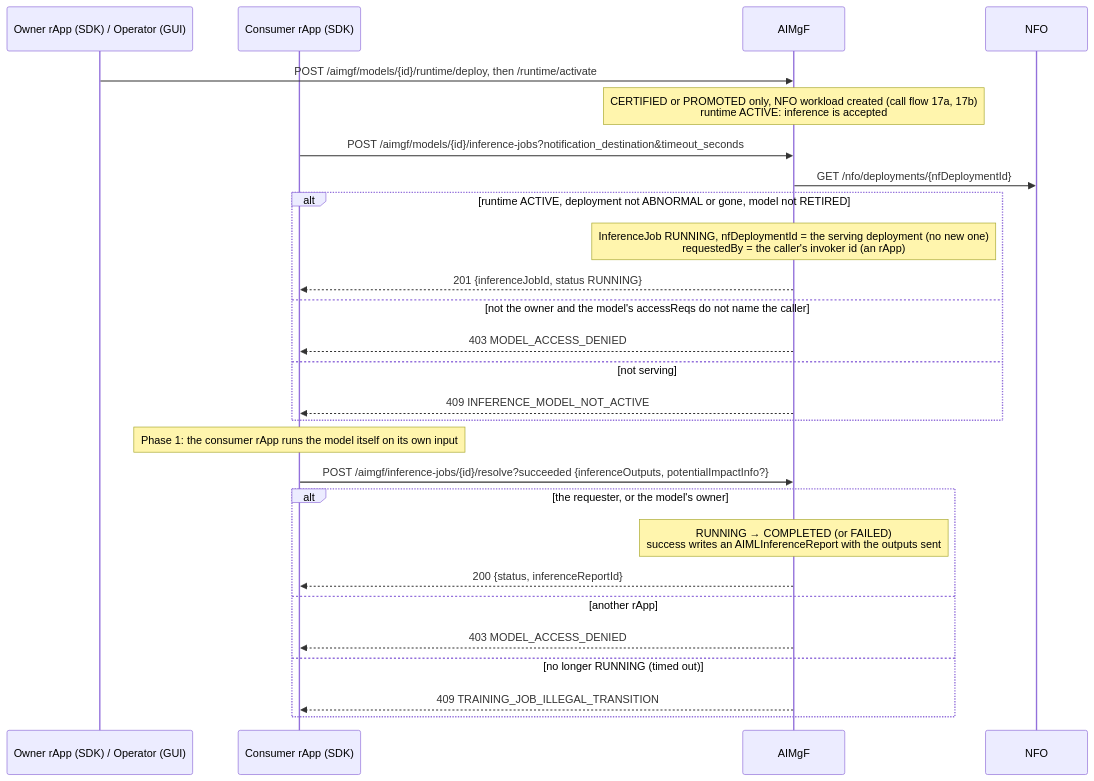
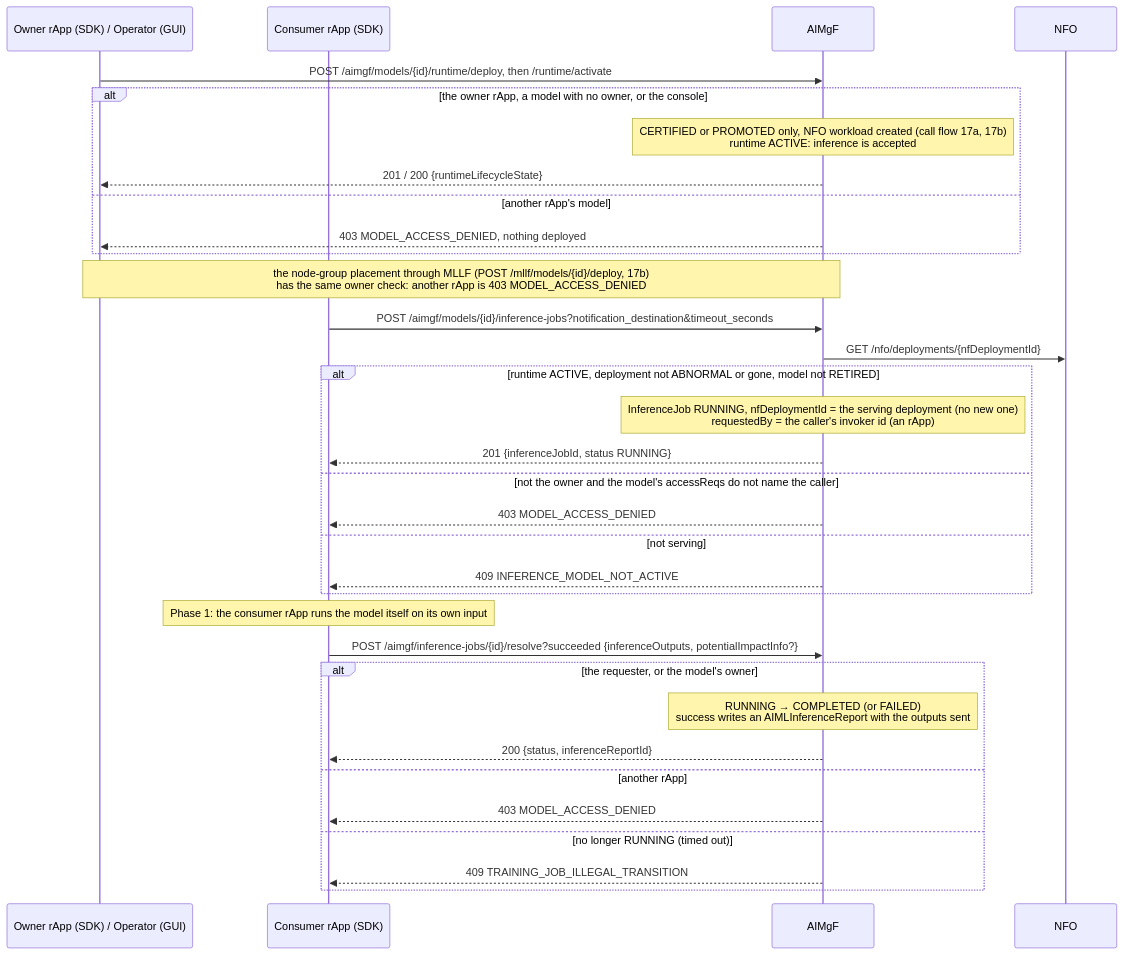
The sixth of 7 diagrams in smo/docs/call-flows/02-aiml-model-train-to-inference.md (rsys-bshankar/ai-ran-smo), drawn with Mermaid before and after one commit. The commit also changed other lines of this file and 38 other files, not shown here.

````diff
--- a/smo/docs/call-flows/02-aiml-model-train-to-inference.md
+++ b/smo/docs/call-flows/02-aiml-model-train-to-inference.md
@@ -216,32 +218,38 @@
 ```mermaid
 sequenceDiagram
     participant R as Owner rApp (SDK) / Operator (GUI)
     participant C as Consumer rApp (SDK)
     participant AIM as AIMgF
     participant NFO as NFO
 
     R->>AIM: POST /aimgf/models/{id}/runtime/deploy, then /runtime/activate
-    Note over AIM: CERTIFIED or PROMOTED only, NFO workload created (call flow 17a, 17b)<br/>runtime ACTIVE: inference is accepted
+    alt the owner rApp, a model with no owner, or the console
+        Note over AIM: CERTIFIED or PROMOTED only, NFO workload created (call flow 17a, 17b)<br/>runtime ACTIVE: inference is accepted
+        AIM-->>R: 201 / 200 {runtimeLifecycleState}
+    else another rApp's model
+        AIM-->>R: 403 MODEL_ACCESS_DENIED, nothing deployed
+    end
+    Note over R,AIM: the node-group placement through MLLF (POST /mllf/models/{id}/deploy, 17b)<br/>has the same owner check: another rApp is 403 MODEL_ACCESS_DENIED
 
     C->>AIM: POST /aimgf/models/{id}/inference-jobs?notification_destination&timeout_seconds
     AIM->>NFO: GET /nfo/deployments/{nfDeploymentId}
     alt runtime ACTIVE, deployment not ABNORMAL or gone, model not RETIRED
         Note over AIM: InferenceJob RUNNING, nfDeploymentId = the serving deployment (no new one)<br/>requestedBy = the caller's invoker id (an rApp)
         AIM-->>C: 201 {inferenceJobId, status RUNNING}
     else not the owner and the model's accessReqs do not name the caller
         AIM-->>C: 403 MODEL_ACCESS_DENIED
     else not serving
         AIM-->>C: 409 INFERENCE_MODEL_NOT_ACTIVE
     end
 
     Note over C: Phase 1: the consumer rApp runs the model itself on its own input
     C->>AIM: POST /aimgf/inference-jobs/{id}/resolve?succeeded {inferenceOutputs, potentialImpactInfo?}
     alt the requester, or the model's owner
         Note over AIM: RUNNING → COMPLETED (or FAILED)<br/>success writes an AIMLInferenceReport with the outputs sent
         AIM-->>C: 200 {status, inferenceReportId}
     else another rApp
         AIM-->>C: 403 MODEL_ACCESS_DENIED
     else no longer RUNNING (timed out)
         AIM-->>C: 409 TRAINING_JOB_ILLEGAL_TRANSITION
     end
 ```
````
